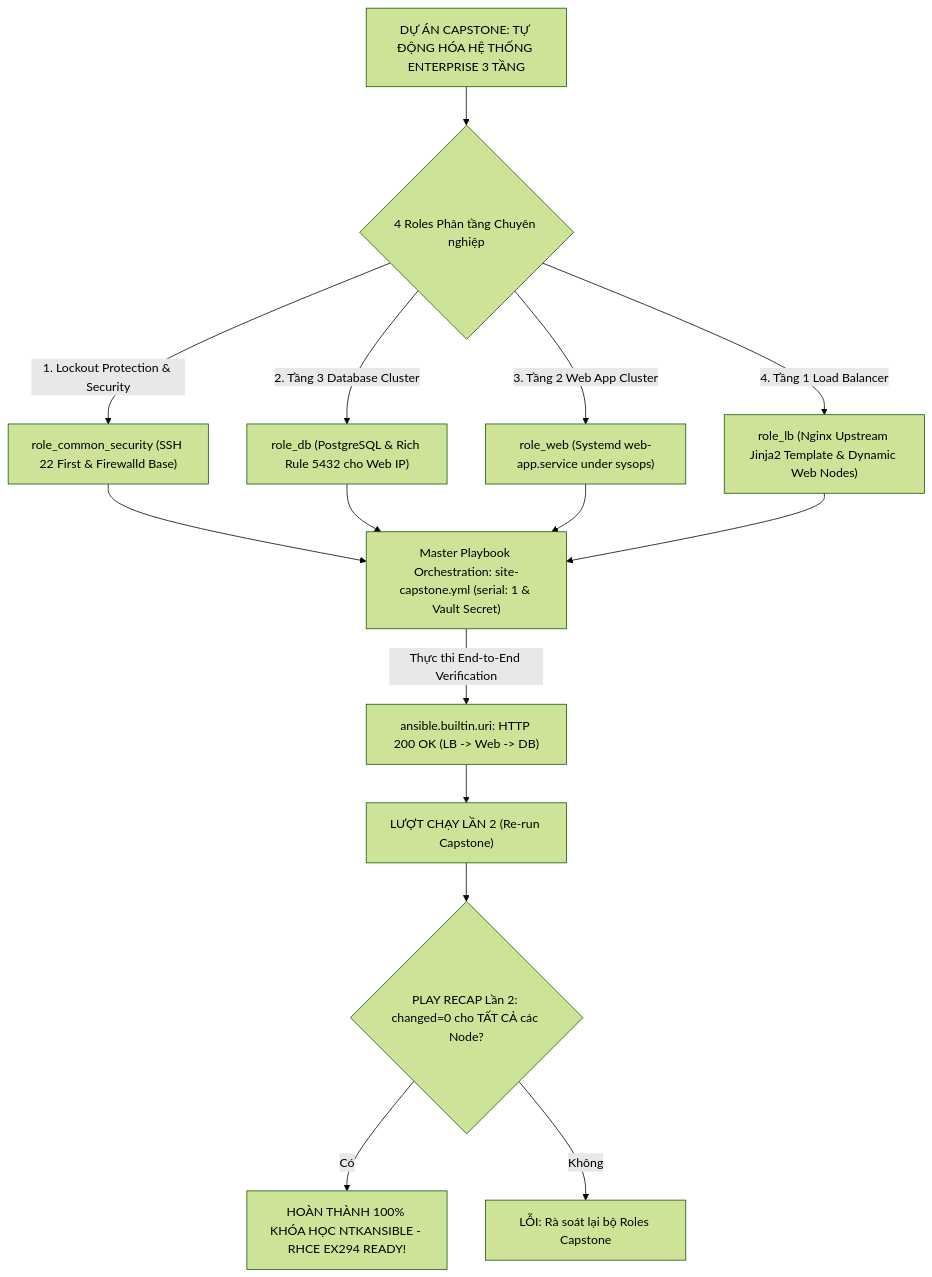
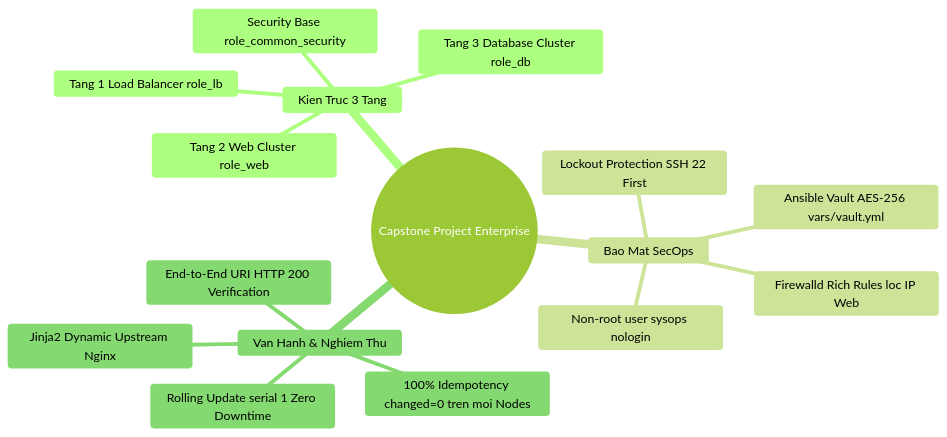
The third of 3 diagrams in _posts/2026-09-13-ansible-30-30-capstone-tu-dong-hoa-da-tang.md (kiennt308/ntk), drawn with Mermaid (forest theme) before and after one commit. The commit also changed other lines of this file and 30 other files, not shown here.

````diff
--- a/_posts/2026-09-13-ansible-30-30-capstone-tu-dong-hoa-da-tang.md
+++ b/_posts/2026-09-13-ansible-30-30-capstone-tu-dong-hoa-da-tang.md
@@ -352,22 +768,19 @@
 ```mermaid
-flowchart TD
-    A["DỰ ÁN CAPSTONE: TỰ ĐỘNG HÓA HỆ THỐNG ENTERPRISE 3 TẦNG"] --> B{"4 Roles Phân tầng Chuyên nghiệp"}
-    
-    B -->|"1. Lockout Protection & Security"| C["role_common_security (SSH 22 First & Firewalld Base)"]
-    B -->|"2. Tầng 3 Database Cluster"| D["role_db (PostgreSQL & Rich Rule 5432 cho Web IP)"]
-    B -->|"3. Tầng 2 Web App Cluster"| E["role_web (Systemd web-app.service under sysops)"]
-    B -->|"4. Tầng 1 Load Balancer"| F["role_lb (Nginx Upstream Jinja2 Template & Dynamic Web Nodes)"]
-    
-    C --> G["Master Playbook Orchestration: site-capstone.yml (serial: 1 & Vault Secret)"]
-    D --> G
-    E --> G
-    F --> G
-    
-    G -->|"Thực thi End-to-End Verification"| H["ansible.builtin.uri: HTTP 200 OK (LB -> Web -> DB)"]
-    
-    H --> I["LƯỢT CHẠY LẦN 2 (Re-run Capstone)"]
-    I --> J{"PLAY RECAP Lần 2: changed=0 cho TẤT CẢ các Node?"}
-    
-    J -- Có --> K["HOÀN THÀNH 100% KHÓA HỌC NTKANSIBLE - RHCE EX294 READY!"]
-    J -- Không --> L["LỖI: Rà soát lại bộ Roles Capstone"]
+mindmap
+  root((Capstone Project Enterprise))
+    Kien Truc 3 Tang
+      Tang 1 Load Balancer role_lb
+      Tang 2 Web Cluster role_web
+      Tang 3 Database Cluster role_db
+      Security Base role_common_security
+    Bao Mat SecOps
+      Lockout Protection SSH 22 First
+      Ansible Vault AES-256 vars/vault.yml
+      Firewalld Rich Rules loc IP Web
+      Non-root user sysops nologin
+    Van Hanh & Nghiem Thu
+      Jinja2 Dynamic Upstream Nginx
+      Rolling Update serial 1 Zero Downtime
+      End-to-End URI HTTP 200 Verification
+      100% Idempotency changed=0 tren moi Nodes
 ```
````
